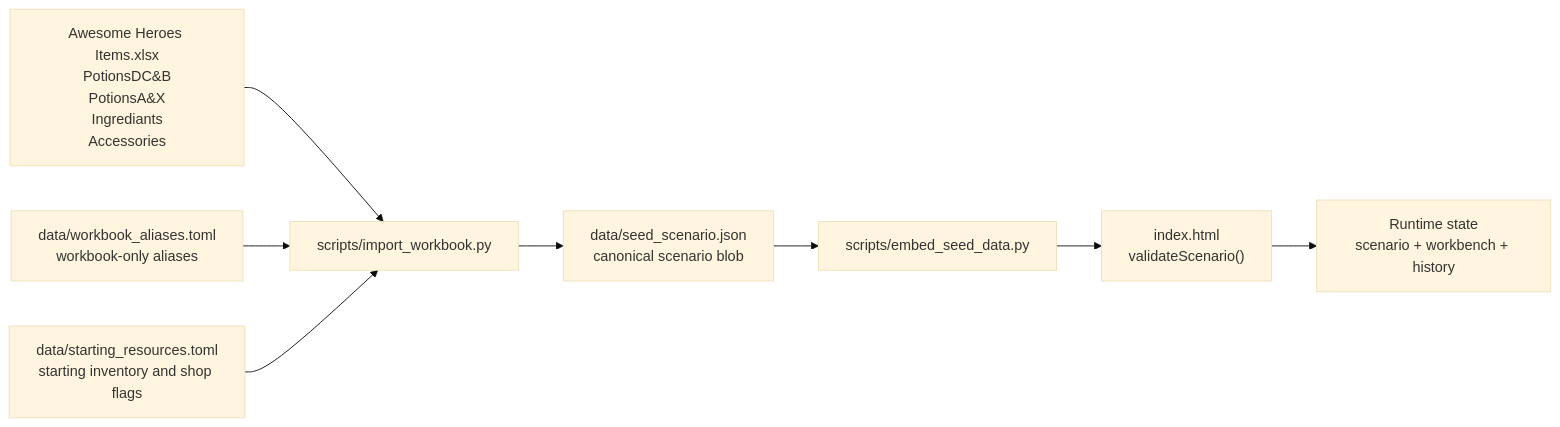
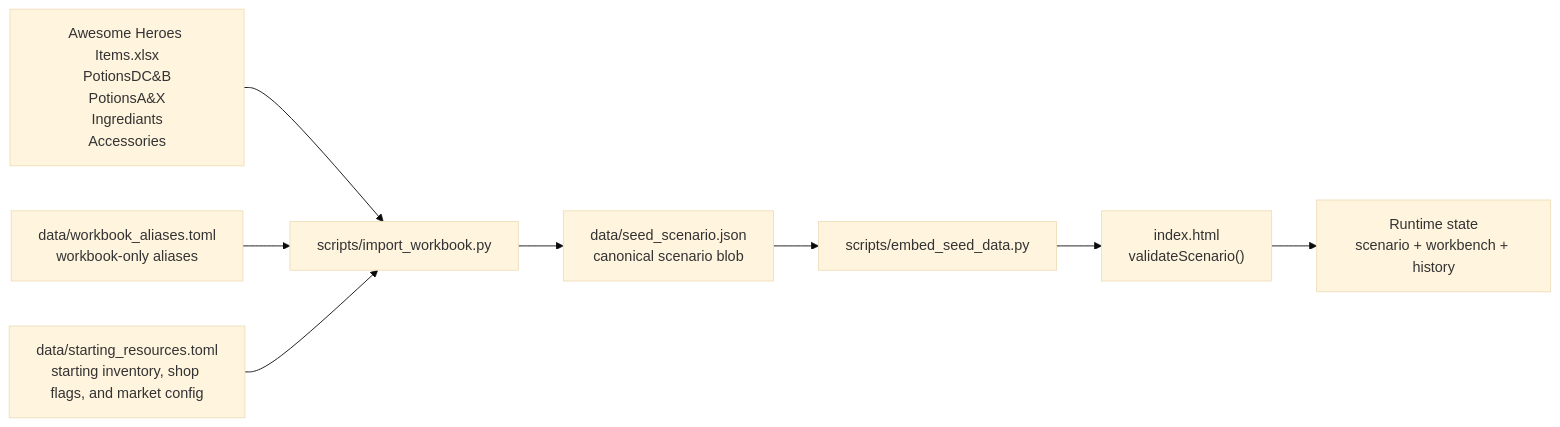
The first of 2 diagrams in docs/data-model.md (spitz-dan-l/poshy), drawn with Mermaid (base theme) before and after one commit. The commit also changed other lines of this file and 7 other files, not shown here.

````diff
--- a/docs/data-model.md
+++ b/docs/data-model.md
@@ -30,19 +30,19 @@
 ```mermaid
 flowchart LR
   workbook["Awesome Heroes Items.xlsx<br/>PotionsDC&B<br/>PotionsA&X<br/>Ingrediants<br/>Accessories"]
   aliases["data/workbook_aliases.toml<br/>workbook-only aliases"]
-  resources["data/starting_resources.toml<br/>starting inventory and shop flags"]
+  resources["data/starting_resources.toml<br/>starting inventory, shop flags, and market config"]
   importer["scripts/import_workbook.py"]
   scenario["data/seed_scenario.json<br/>canonical scenario blob"]
   embed["scripts/embed_seed_data.py"]
   app["index.html<br/>validateScenario()"]
   state["Runtime state<br/>scenario + workbench + history"]
 
   workbook --> importer
   aliases --> importer
   resources --> importer
   importer --> scenario
   scenario --> embed
   embed --> app
   app --> state
 ```
````
